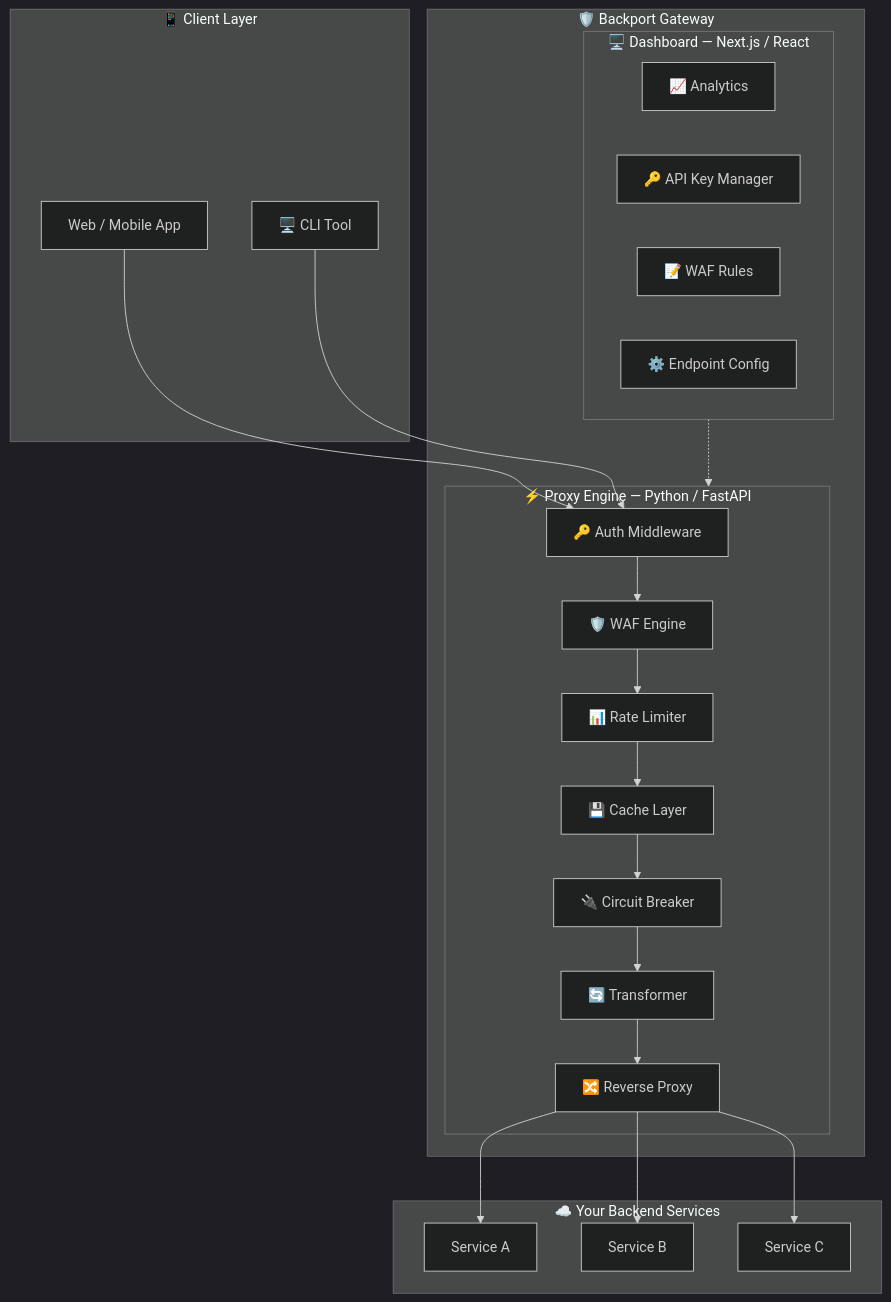
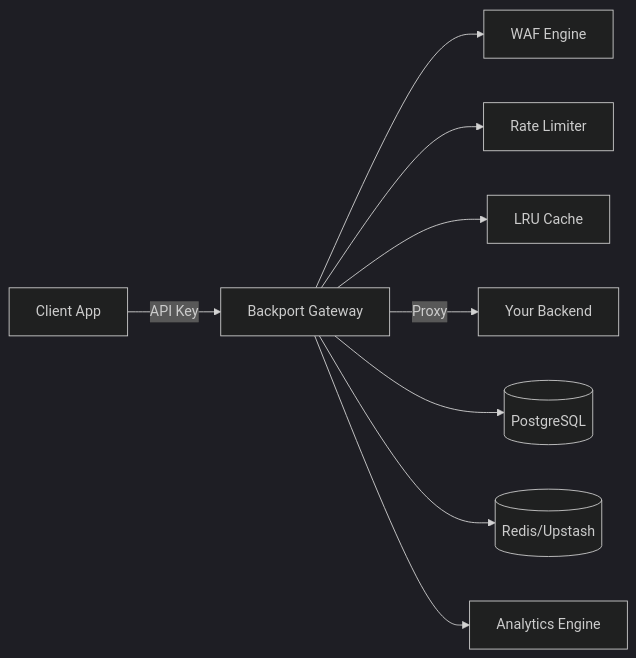
One commit to Qureshi-1/Backport-io changed the diagram in README.md. Above: the diagram before and after it, drawn with Mermaid (dark theme). The commit also changed other lines of this file and 16 other files, not shown here.

````diff
--- a/README.md
+++ b/README.md
@@ -271,44 +43,11 @@
 ```mermaid
-graph TB
-    subgraph Client["📱 Client Layer"]
-        APP[Web / Mobile App]
-        CLI_T[🖥️ CLI Tool]
-    end
-
-    subgraph Gateway["🛡️ Backport Gateway"]
-        subgraph Engine["⚡ Proxy Engine — Python / FastAPI"]
-            AUTH[🔑 Auth Middleware]
-            WAF[🛡️ WAF Engine]
-            RL[📊 Rate Limiter]
-            CACHE[💾 Cache Layer]
-            CB[🔌 Circuit Breaker]
-            TX[🔄 Transformer]
-            PROXY[🔀 Reverse Proxy]
-        end
-        subgraph Dashboard["🖥️ Dashboard — Next.js / React"]
-            ANALYTICS[📈 Analytics]
-            KEYS[🔑 API Key Manager]
-            RULES[📝 WAF Rules]
-            CONFIG[⚙️ Endpoint Config]
-        end
-    end
-
-    subgraph Backend["☁️ Your Backend Services"]
-        SVC1[Service A]
-        SVC2[Service B]
-        SVC3[Service C]
-    end
-
-    APP --> AUTH
-    CLI_T --> AUTH
-    AUTH --> WAF
-    WAF --> RL
-    RL --> CACHE
-    CACHE --> CB
-    CB --> TX
-    TX --> PROXY
-    PROXY --> SVC1
-    PROXY --> SVC2
-    PROXY --> SVC3
-    Dashboard -.-> Engine
+graph LR
+    Client[Client App] -->|API Key| Backport[Backport Gateway]
+    Backport --> WAF[WAF Engine]
+    Backport --> RL[Rate Limiter]
+    Backport --> Cache[LRU Cache]
+    Backport -->|Proxy| Backend[Your Backend]
+    Backport --> DB[(PostgreSQL)]
+    Backport --> Redis[(Redis/Upstash)]
+    Backport --> Analytics[Analytics Engine]
 ```
````
